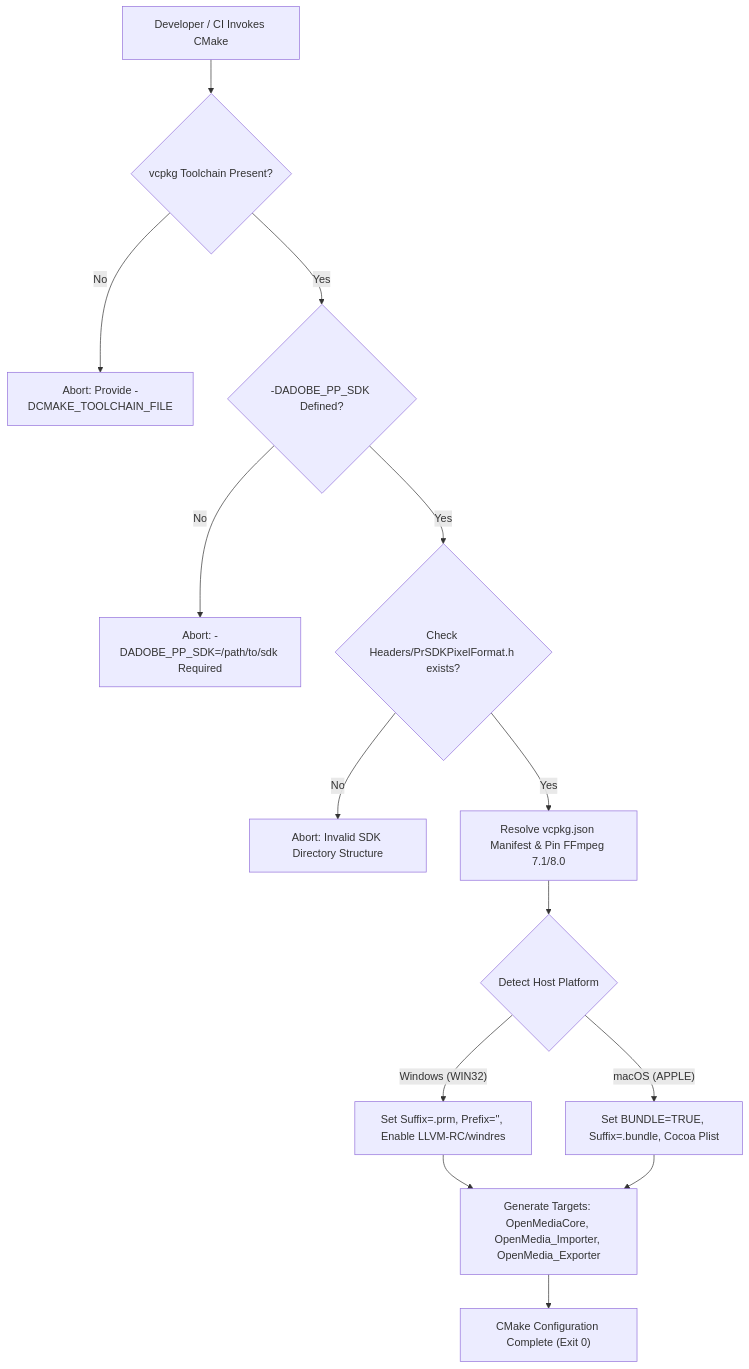
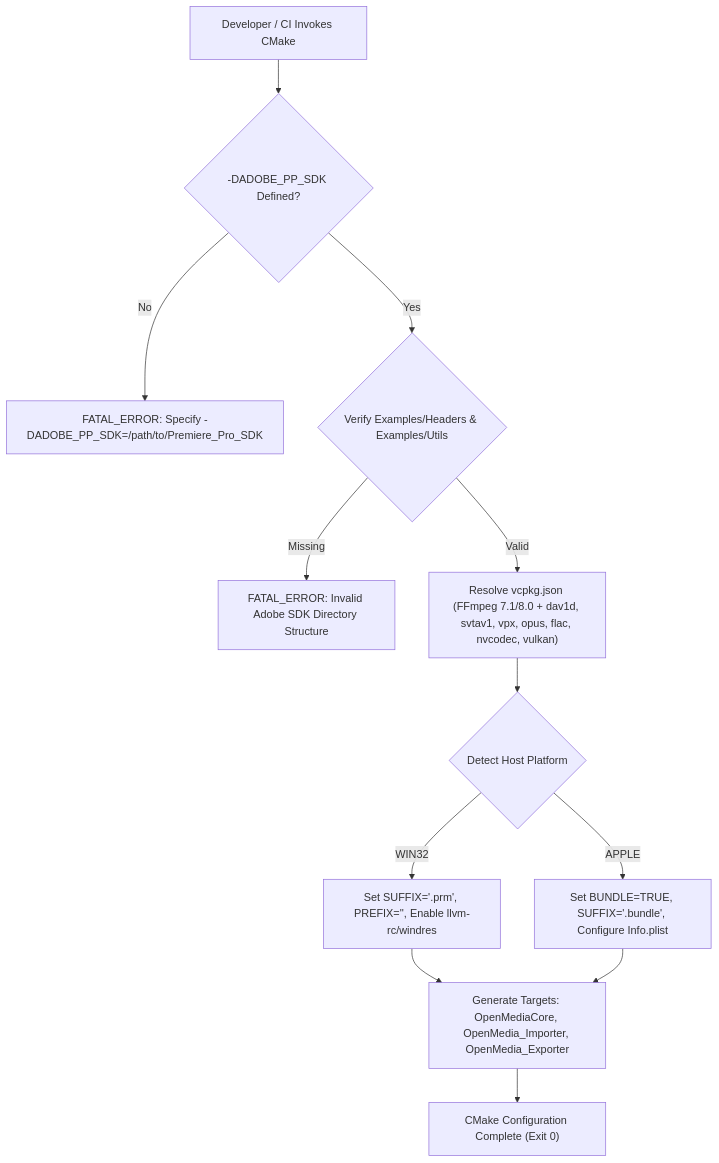
Before and after one commit to abdelrazekwork72-beep/AV1: the diagram in docs/user-stories/module-1-core-engine/us-1.1.0-build-system-vcpkg.md, drawn with Mermaid. The commit also changed other lines of this file and 15 other files, not shown here.

Commit message:
fix(docs): unify architecture, Premiere Pro SDK protocols, base contracts, and 50 implementation units across all 4 modules and 11 user stories

````diff
--- a/docs/user-stories/module-1-core-engine/us-1.1.0-build-system-vcpkg.md
+++ b/docs/user-stories/module-1-core-engine/us-1.1.0-build-system-vcpkg.md
@@ -92,20 +104,14 @@
 ```mermaid
 flowchart TD
-    Start["Developer / CI Invokes CMake"] --> CheckToolchain{"vcpkg Toolchain Present?"}
-    CheckToolchain -- No --> FailToolchain["Abort: Provide -DCMAKE_TOOLCHAIN_FILE"]
-    CheckToolchain -- Yes --> CheckSDK{"-DADOBE_PP_SDK Defined?"}
-
-    CheckSDK -- No --> FailSDK["Abort: -DADOBE_PP_SDK=/path/to/sdk Required"]
-    CheckSDK -- Yes --> ValidateSDKHeaders{"Check Headers/PrSDKPixelFormat.h exists?"}
-
-    ValidateSDKHeaders -- No --> FailBadSDK["Abort: Invalid SDK Directory Structure"]
-    ValidateSDKHeaders -- Yes --> ResolveVcpkg["Resolve vcpkg.json Manifest & Pin FFmpeg 7.1/8.0"]
-
+    Start["Developer / CI Invokes CMake"] --> CheckSDK{"-DADOBE_PP_SDK Defined?"}
+    CheckSDK -- No --> FailSDK["FATAL_ERROR: Specify -DADOBE_PP_SDK=/path/to/Premiere_Pro_SDK"]
+    CheckSDK -- Yes --> ValidateSDKHeaders{"Verify Examples/Headers & Examples/Utils"}
+    ValidateSDKHeaders -- Missing --> FailBadSDK["FATAL_ERROR: Invalid Adobe SDK Directory Structure"]
+    ValidateSDKHeaders -- Valid --> ResolveVcpkg["Resolve vcpkg.json (FFmpeg 7.1/8.0 + dav1d, svtav1, vpx, opus, flac, nvcodec, vulkan)"]
     ResolveVcpkg --> CheckOS{"Detect Host Platform"}
-    CheckOS -- Windows (WIN32) --> ConfigWin["Set Suffix=.prm, Prefix='', Enable LLVM-RC/windres"]
-    CheckOS -- macOS (APPLE) --> ConfigMac["Set BUNDLE=TRUE, Suffix=.bundle, Cocoa Plist"]
-
+    CheckOS -- WIN32 --> ConfigWin["Set SUFFIX='.prm', PREFIX='', Enable llvm-rc/windres"]
+    CheckOS -- APPLE --> ConfigMac["Set BUNDLE=TRUE, SUFFIX='.bundle', Configure Info.plist"]
     ConfigWin --> GenTargets["Generate Targets: OpenMediaCore, OpenMedia_Importer, OpenMedia_Exporter"]
     ConfigMac --> GenTargets
     GenTargets --> End["CMake Configuration Complete (Exit 0)"]
 ```
````
